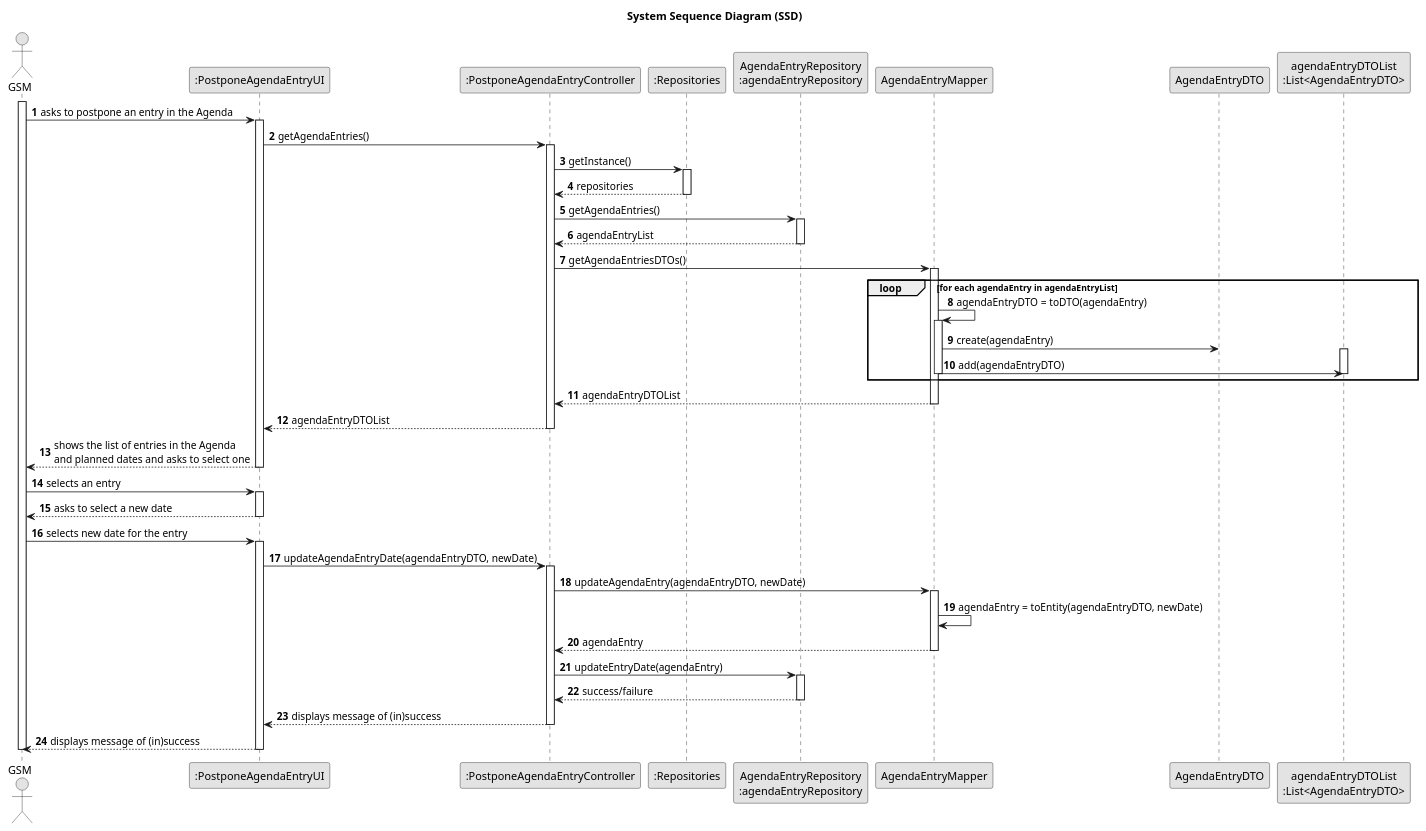
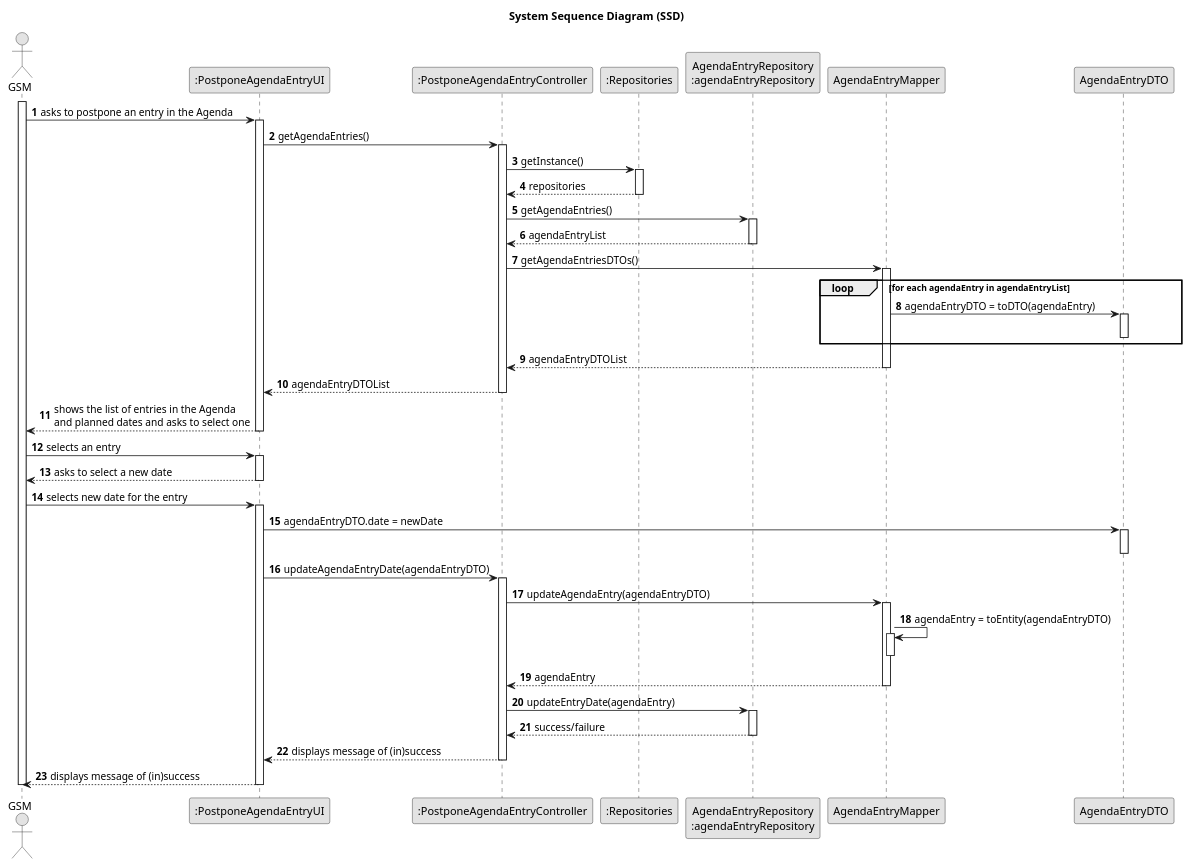
One commit to Departamento-de-Engenharia-Informatica/lei-24-s2-1do-g164 changed the diagram in docs/sprintC/us024/03.design/puml/us024-sequence-diagram-full.puml. Above: the diagram before and after it, drawn with PlantUML. The commit also changed 11 other files, not shown here.

```diff
--- a/docs/sprintC/us024/03.design/puml/us024-sequence-diagram-full.puml
+++ b/docs/sprintC/us024/03.design/puml/us024-sequence-diagram-full.puml
@@ -1,94 +1,95 @@
 @startuml
 skinparam monochrome true
 skinparam packageStyle rectangle
 skinparam shadowing false
 
 title System Sequence Diagram (SSD)
 
 autonumber
 
 actor "GSM" as Employee
 participant ":PostponeAgendaEntryUI" as UI
 participant ":PostponeAgendaEntryController" as CTRL
 participant ":Repositories" as RepositorySingleton
 participant "AgendaEntryRepository\n:agendaEntryRepository" as AgendaRepo
 participant "AgendaEntryMapper"
 participant "AgendaEntryDTO"
-participant "agendaEntryDTOList\n:List<AgendaEntryDTO>" as AEDTOL
-
 activate Employee
 
     Employee -> UI : asks to postpone an entry in the Agenda
     activate UI
 
         UI -> CTRL : getAgendaEntries()
         activate CTRL
 
             CTRL -> RepositorySingleton : getInstance()
             activate RepositorySingleton
 
                 RepositorySingleton --> CTRL: repositories
             deactivate RepositorySingleton
 
             CTRL -> AgendaRepo : getAgendaEntries()
             activate AgendaRepo
 
                 AgendaRepo --> CTRL : agendaEntryList
             deactivate AgendaRepo
 
             CTRL -> "AgendaEntryMapper" : getAgendaEntriesDTOs()
             activate "AgendaEntryMapper"
 
             loop for each agendaEntry in agendaEntryList
-                "AgendaEntryMapper" -> "AgendaEntryMapper" : agendaEntryDTO = toDTO(agendaEntry)
-                activate "AgendaEntryMapper"
-                    "AgendaEntryMapper" -> "AgendaEntryDTO" : create(agendaEntry)
-                    activate AEDTOL
-                    "AgendaEntryMapper" -> AEDTOL : add(agendaEntryDTO)
-                    deactivate AEDTOL
-                deactivate "AgendaEntryMapper"
+                "AgendaEntryMapper" -> "AgendaEntryDTO" : agendaEntryDTO = toDTO(agendaEntry)
+                activate "AgendaEntryDTO"
+
+                deactivate "AgendaEntryDTO"
             end
 
             "AgendaEntryMapper" --> CTRL : agendaEntryDTOList
             deactivate "AgendaEntryMapper"
 
             CTRL --> UI : agendaEntryDTOList
         deactivate CTRL
 
         UI --> Employee : shows the list of entries in the Agenda\nand planned dates and asks to select one
     deactivate UI
 
     Employee -> UI : selects an entry
     activate UI
 
         UI --> Employee : asks to select a new date
     deactivate UI
 
     Employee -> UI : selects new date for the entry
     activate UI
 
-        UI -> CTRL : updateAgendaEntryDate(agendaEntryDTO, newDate)
+        UI -> "AgendaEntryDTO" : agendaEntryDTO.date = newDate
+        activate "AgendaEntryDTO"
+        deactivate "AgendaEntryDTO"
+
+        UI -> CTRL : updateAgendaEntryDate(agendaEntryDTO)
         activate CTRL
 
-            CTRL -> "AgendaEntryMapper" : updateAgendaEntry(agendaEntryDTO, newDate)
+            CTRL -> "AgendaEntryMapper" : updateAgendaEntry(agendaEntryDTO)
             activate "AgendaEntryMapper"
 
-                "AgendaEntryMapper" -> "AgendaEntryMapper" : agendaEntry = toEntity(agendaEntryDTO, newDate)
+                "AgendaEntryMapper" -> "AgendaEntryMapper" : agendaEntry = toEntity(agendaEntryDTO)
+                activate "AgendaEntryMapper"
+                deactivate
             "AgendaEntryMapper" --> CTRL : agendaEntry
             deactivate "AgendaEntryMapper"
 
             CTRL -> AgendaRepo : updateEntryDate(agendaEntry)
             activate AgendaRepo
 
                 AgendaRepo --> CTRL : success/failure
             deactivate AgendaRepo
 
             CTRL --> UI : displays message of (in)success
         deactivate CTRL
 
         UI --> Employee : displays message of (in)success
     deactivate UI
 
 deactivate Employee
 
 @enduml
```
